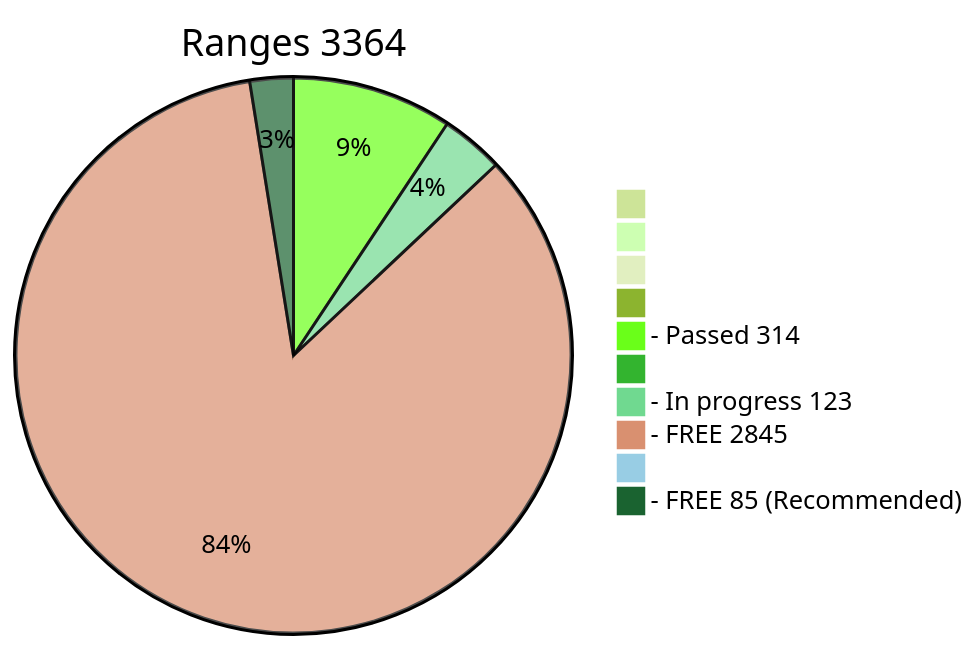
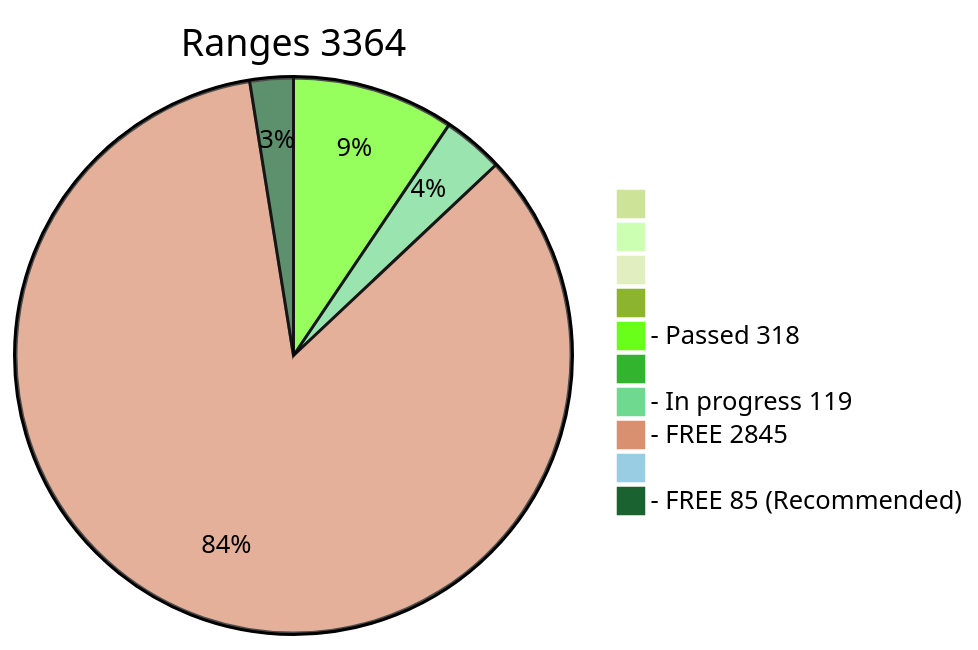
Before and after one commit to phrutis/wif500: the diagram in x64/Release/table.md, drawn with Mermaid (forest theme). The commit also changed other lines of this file, not shown here.

````diff
--- a/x64/Release/table.md
+++ b/x64/Release/table.md
@@ -2,13 +2,13 @@
 ```mermaid
 pie title Ranges 3364
   " " : 0
   "  " : 0
   "   " : 0
   "    " : 0
-  "- Passed 314" : 314
+  "- Passed 318" : 318
   "     " : 0
-  "- In progress 123" : 123
+  "- In progress 119" : 119
   "- FREE 2845" : 2845
   "      " : 0
   "- FREE 85 (Recommended)" : 85
 ```
````
